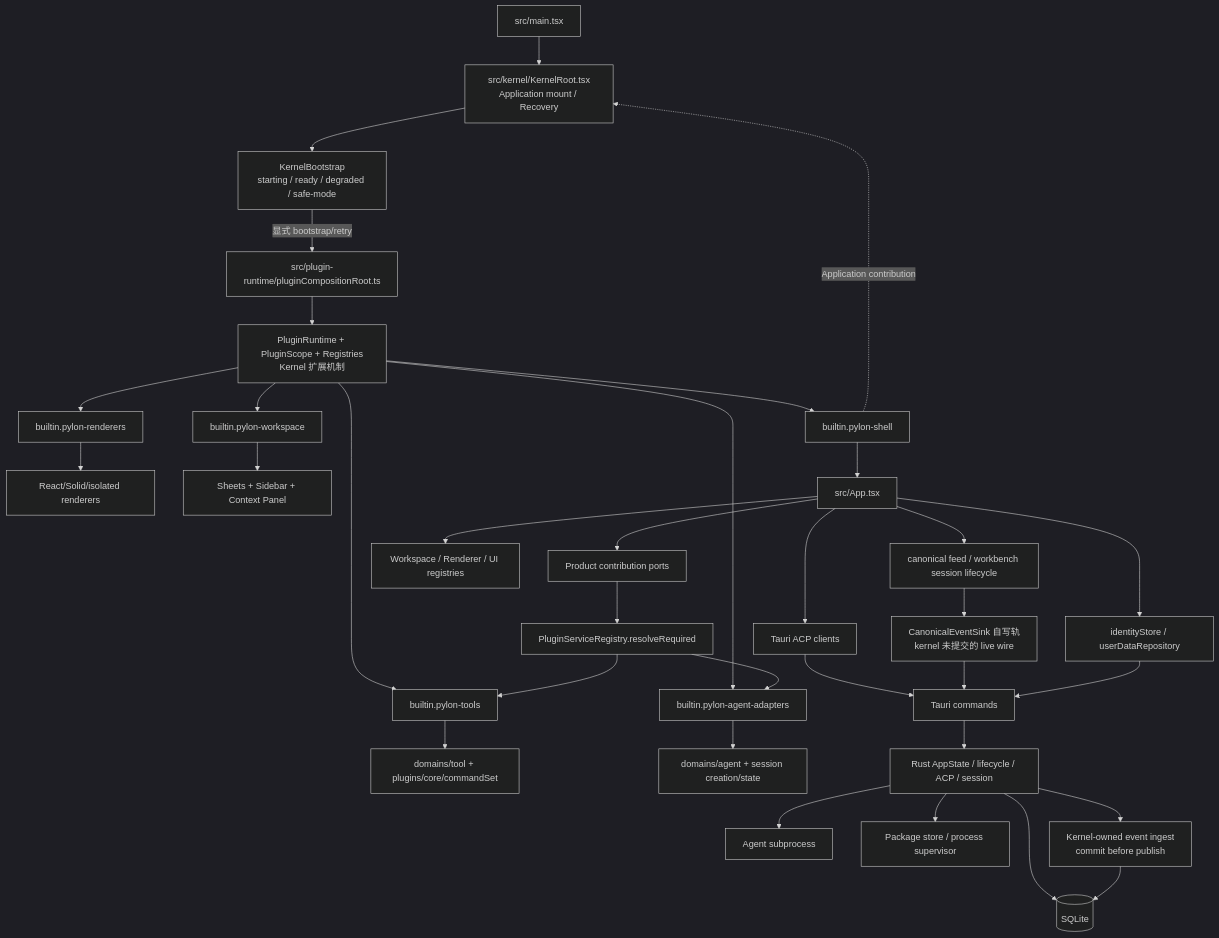
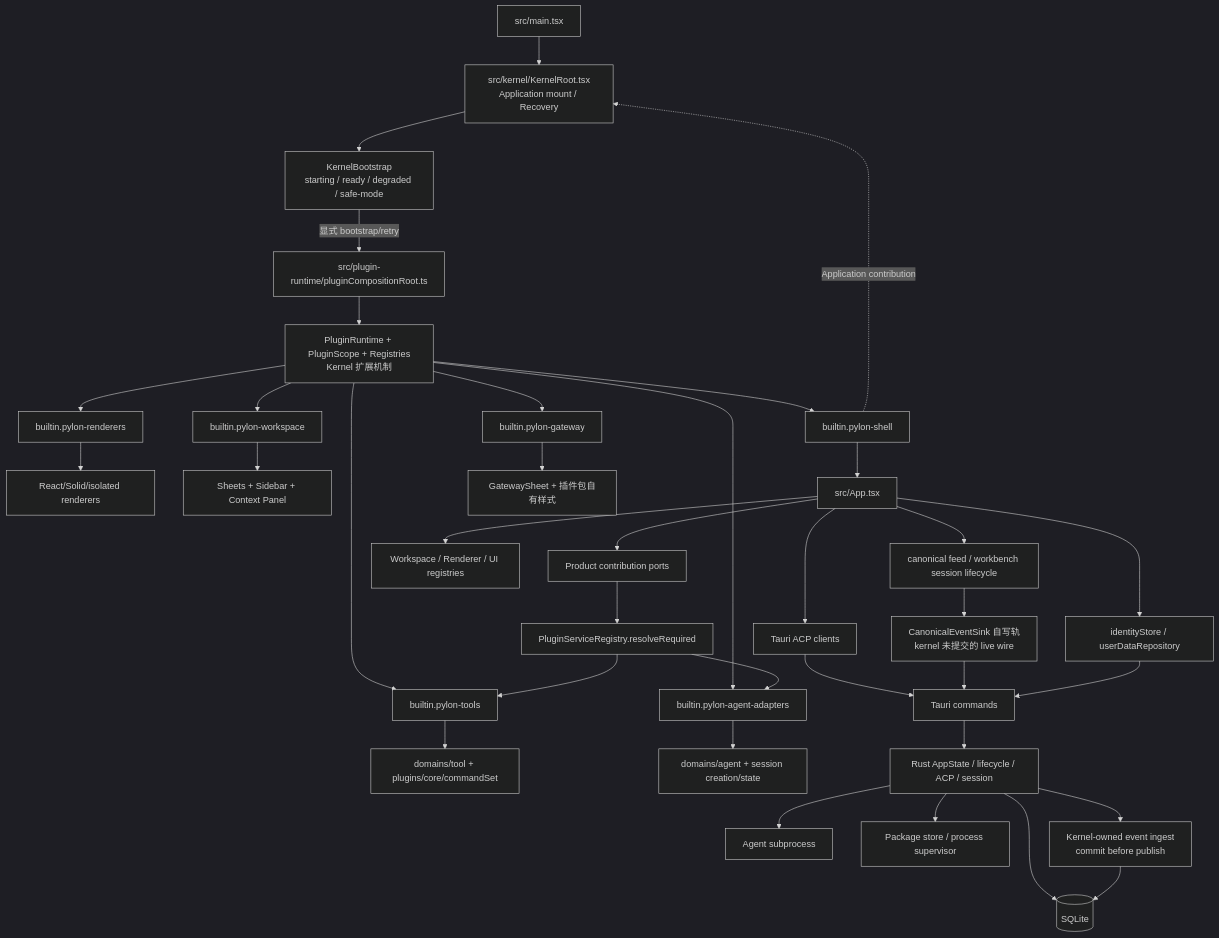
The first of 7 diagrams in docs/说明书/Pylon-项目架构参考.md (AlchemistCxC/Pylon-co-works), drawn with Mermaid (dark theme) before and after one commit. The commit also changed other lines of this file and 19 other files, not shown here.

````diff
--- a/docs/说明书/Pylon-项目架构参考.md
+++ b/docs/说明书/Pylon-项目架构参考.md
@@ -41,42 +41,44 @@
 ```mermaid
 flowchart TB
   Entry["src/main.tsx"] --> KR["src/kernel/KernelRoot.tsx<br/>Application mount / Recovery"]
   KR --> KB["KernelBootstrap<br/>starting / ready / degraded / safe-mode"]
   KB -->|显式 bootstrap/retry| CR["src/plugin-runtime/pluginCompositionRoot.ts"]
   CR --> PR["PluginRuntime + PluginScope + Registries<br/>Kernel 扩展机制"]
 
   PR --> Tools["builtin.pylon-tools"]
   PR --> Agents["builtin.pylon-agent-adapters"]
   PR --> Renderers["builtin.pylon-renderers"]
   PR --> Workspace["builtin.pylon-workspace"]
   PR --> Shell["builtin.pylon-shell"]
+  PR --> Gateway["builtin.pylon-gateway"]
 
   Tools --> ToolImpl["domains/tool + plugins/core/commandSet"]
   Agents --> AgentImpl["domains/agent + session creation/state"]
   Renderers --> RendererImpl["React/Solid/isolated renderers"]
   Workspace --> WorkspaceImpl["Sheets + Sidebar + Context Panel"]
   Shell --> App["src/App.tsx"]
+  Gateway --> GatewayImpl["GatewaySheet + 插件包自有样式"]
 
   App --> Identity["identityStore / userDataRepository"]
   App --> Chat["canonical feed / workbench session lifecycle"]
   App --> AcpClients["Tauri ACP clients"]
   App --> PluginConsumers["Workspace / Renderer / UI registries"]
   App --> ProductPorts["Product contribution ports"]
   ProductPorts --> ServiceRegistry["PluginServiceRegistry.resolveRequired"]
   ServiceRegistry --> Tools
   ServiceRegistry --> Agents
 
   AcpClients --> IPC["Tauri commands"]
   IPC --> RustKernel["Rust AppState / lifecycle / ACP / session"]
   RustKernel --> AgentProc["Agent subprocess"]
   RustKernel --> SQLite[("SQLite")]
   RustKernel --> NativePlugins["Package store / process supervisor"]
 
   RustKernel --> KernelIngest["Kernel-owned event ingest<br/>commit before publish"]
   KernelIngest --> SQLite
   Chat --> LegacySink["CanonicalEventSink 自写轨<br/>kernel 未提交的 live wire"]
   LegacySink --> IPC
   Identity --> IPC
 
   Shell -.Application contribution.-> KR
 ```
````
